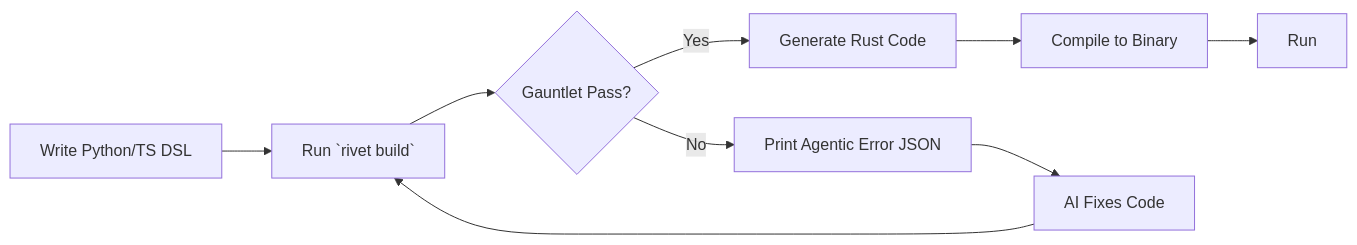
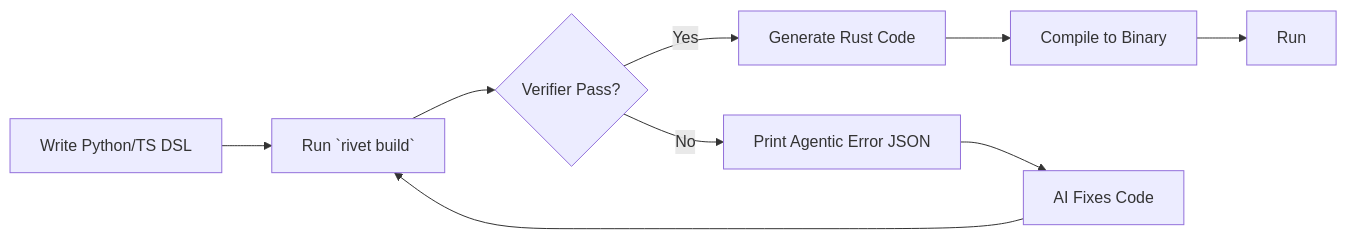
Before and after one commit to mattjaikaran/rivet: the diagram in docs/development-workflow.md, drawn with Mermaid. The commit also changed other lines of this file and 20 other files, not shown here.

First line of the commit message:
docs: Rename gauntlet references to verifier

````diff
--- a/docs/development-workflow.md
+++ b/docs/development-workflow.md
@@ -3,11 +3,11 @@
 ```mermaid
 flowchart LR
     A[Write Python/TS DSL] --> B[Run `rivet build`]
-    B --> C{Gauntlet Pass?}
+    B --> C{Verifier Pass?}
     C -->|Yes| D[Generate Rust Code]
     D --> E[Compile to Binary]
     E --> F[Run]
     C -->|No| G[Print Agentic Error JSON]
     G --> H[AI Fixes Code]
     H --> B
 ```
````
